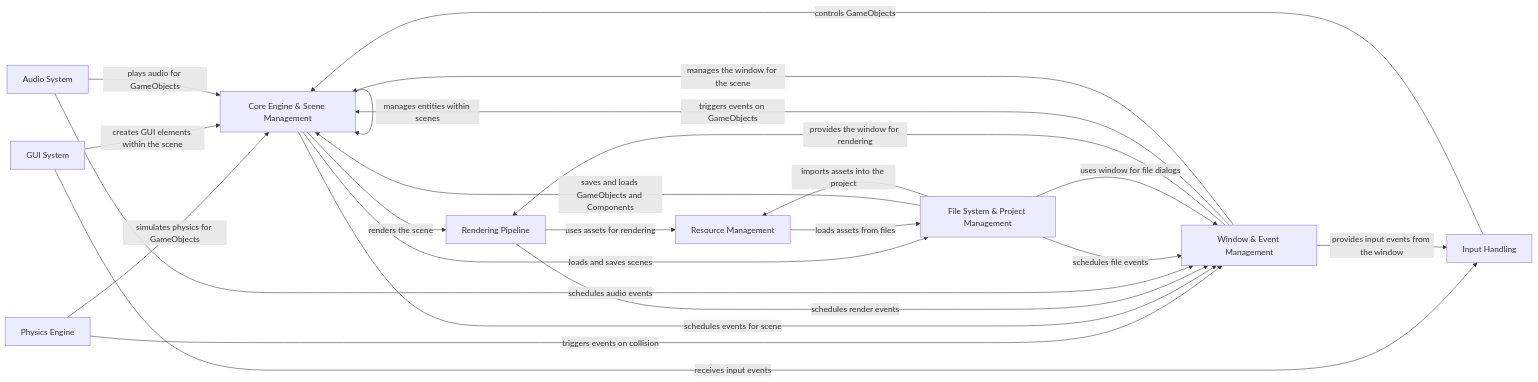
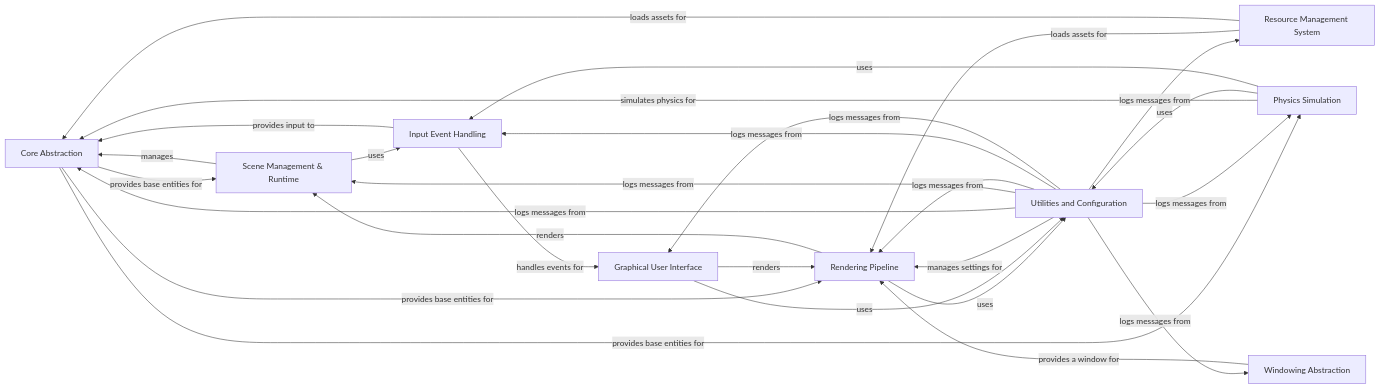
One commit to CodeBoarding/GeneratedOnBoardings changed the diagram in pyunity/on_boarding.md. Above: the diagram before and after it, drawn with Mermaid. The commit also changed other lines of this file and 17 other files, not shown here.

````diff
--- a/pyunity/on_boarding.md
+++ b/pyunity/on_boarding.md
@@ -1,43 +1,47 @@
 ```mermaid
 graph LR
-    Core_Engine_Scene_Management["Core Engine & Scene Management"]
+    Core_Abstraction["Core Abstraction"]
+    Scene_Management_Runtime["Scene Management & Runtime"]
     Rendering_Pipeline["Rendering Pipeline"]
-    Resource_Management["Resource Management"]
-    Input_Handling["Input Handling"]
-    Physics_Engine["Physics Engine"]
-    GUI_System["GUI System"]
-    Audio_System["Audio System"]
-    File_System_Project_Management["File System & Project Management"]
-    Window_Event_Management["Window & Event Management"]
-    Core_Engine_Scene_Management -- "manages entities within scenes" --> Core_Engine_Scene_Management
-    Core_Engine_Scene_Management -- "renders the scene" --> Rendering_Pipeline
-    Rendering_Pipeline -- "uses assets for rendering" --> Resource_Management
-    Input_Handling -- "controls GameObjects" --> Core_Engine_Scene_Management
-    Physics_Engine -- "simulates physics for GameObjects" --> Core_Engine_Scene_Management
-    GUI_System -- "creates GUI elements within the scene" --> Core_Engine_Scene_Management
-    Audio_System -- "plays audio for GameObjects" --> Core_Engine_Scene_Management
-    File_System_Project_Management -- "saves and loads GameObjects and Components" --> Core_Engine_Scene_Management
-    Window_Event_Management -- "provides the window for rendering" --> Rendering_Pipeline
-    Window_Event_Management -- "triggers events on GameObjects" --> Core_Engine_Scene_Management
-    GUI_System -- "receives input events" --> Input_Handling
-    Physics_Engine -- "triggers events on collision" --> Window_Event_Management
-    Core_Engine_Scene_Management -- "schedules events for scene" --> Window_Event_Management
-    Rendering_Pipeline -- "schedules render events" --> Window_Event_Management
-    Audio_System -- "schedules audio events" --> Window_Event_Management
-    File_System_Project_Management -- "schedules file events" --> Window_Event_Management
-    Window_Event_Management -- "provides input events from the window" --> Input_Handling
-    Window_Event_Management -- "manages the window for the scene" --> Core_Engine_Scene_Management
-    File_System_Project_Management -- "imports assets into the project" --> Resource_Management
-    File_System_Project_Management -- "uses window for file dialogs" --> Window_Event_Management
-    Core_Engine_Scene_Management -- "loads and saves scenes" --> File_System_Project_Management
-    Resource_Management -- "loads assets from files" --> File_System_Project_Management
-    click Core_Engine_Scene_Management href "https://github.com/CodeBoarding/GeneratedOnBoardings/blob/main/pyunity/Core Engine & Scene Management.md" "Details"
+    Resource_Management_System["Resource Management System"]
+    Input_Event_Handling["Input Event Handling"]
+    Physics_Simulation["Physics Simulation"]
+    Graphical_User_Interface["Graphical User Interface"]
+    Windowing_Abstraction["Windowing Abstraction"]
+    Utilities_and_Configuration["Utilities and Configuration"]
+    Core_Abstraction -- "provides base entities for" --> Scene_Management_Runtime
+    Core_Abstraction -- "provides base entities for" --> Physics_Simulation
+    Core_Abstraction -- "provides base entities for" --> Rendering_Pipeline
+    Scene_Management_Runtime -- "manages" --> Core_Abstraction
+    Rendering_Pipeline -- "renders" --> Scene_Management_Runtime
+    Resource_Management_System -- "loads assets for" --> Rendering_Pipeline
+    Resource_Management_System -- "loads assets for" --> Core_Abstraction
+    Input_Event_Handling -- "provides input to" --> Core_Abstraction
+    Physics_Simulation -- "simulates physics for" --> Core_Abstraction
+    Graphical_User_Interface -- "renders" --> Rendering_Pipeline
+    Windowing_Abstraction -- "provides a window for" --> Rendering_Pipeline
+    Rendering_Pipeline -- "uses" --> Utilities_and_Configuration
+    Physics_Simulation -- "uses" --> Utilities_and_Configuration
+    Graphical_User_Interface -- "uses" --> Utilities_and_Configuration
+    Input_Event_Handling -- "handles events for" --> Graphical_User_Interface
+    Utilities_and_Configuration -- "manages settings for" --> Rendering_Pipeline
+    Utilities_and_Configuration -- "logs messages from" --> Core_Abstraction
+    Utilities_and_Configuration -- "logs messages from" --> Scene_Management_Runtime
+    Utilities_and_Configuration -- "logs messages from" --> Rendering_Pipeline
+    Utilities_and_Configuration -- "logs messages from" --> Resource_Management_System
+    Utilities_and_Configuration -- "logs messages from" --> Input_Event_Handling
+    Utilities_and_Configuration -- "logs messages from" --> Physics_Simulation
+    Utilities_and_Configuration -- "logs messages from" --> Graphical_User_Interface
+    Utilities_and_Configuration -- "logs messages from" --> Windowing_Abstraction
+    Scene_Management_Runtime -- "uses" --> Input_Event_Handling
+    Physics_Simulation -- "uses" --> Input_Event_Handling
+    click Core_Abstraction href "https://github.com/CodeBoarding/GeneratedOnBoardings/blob/main/pyunity/Core Abstraction.md" "Details"
+    click Scene_Management_Runtime href "https://github.com/CodeBoarding/GeneratedOnBoardings/blob/main/pyunity/Scene Management & Runtime.md" "Details"
     click Rendering_Pipeline href "https://github.com/CodeBoarding/GeneratedOnBoardings/blob/main/pyunity/Rendering Pipeline.md" "Details"
-    click Resource_Management href "https://github.com/CodeBoarding/GeneratedOnBoardings/blob/main/pyunity/Resource Management.md" "Details"
-    click Input_Handling href "https://github.com/CodeBoarding/GeneratedOnBoardings/blob/main/pyunity/Input Handling.md" "Details"
-    click Physics_Engine href "https://github.com/CodeBoarding/GeneratedOnBoardings/blob/main/pyunity/Physics Engine.md" "Details"
-    click GUI_System href "https://github.com/CodeBoarding/GeneratedOnBoardings/blob/main/pyunity/GUI System.md" "Details"
-    click Audio_System href "https://github.com/CodeBoarding/GeneratedOnBoardings/blob/main/pyunity/Audio System.md" "Details"
-    click File_System_Project_Management href "https://github.com/CodeBoarding/GeneratedOnBoardings/blob/main/pyunity/File System & Project Management.md" "Details"
-    click Window_Event_Management href "https://github.com/CodeBoarding/GeneratedOnBoardings/blob/main/pyunity/Window & Event Management.md" "Details"
+    click Resource_Management_System href "https://github.com/CodeBoarding/GeneratedOnBoardings/blob/main/pyunity/Resource Management System.md" "Details"
+    click Input_Event_Handling href "https://github.com/CodeBoarding/GeneratedOnBoardings/blob/main/pyunity/Input Event Handling.md" "Details"
+    click Physics_Simulation href "https://github.com/CodeBoarding/GeneratedOnBoardings/blob/main/pyunity/Physics Simulation.md" "Details"
+    click Graphical_User_Interface href "https://github.com/CodeBoarding/GeneratedOnBoardings/blob/main/pyunity/Graphical User Interface.md" "Details"
+    click Windowing_Abstraction href "https://github.com/CodeBoarding/GeneratedOnBoardings/blob/main/pyunity/Windowing Abstraction.md" "Details"
+    click Utilities_and_Configuration href "https://github.com/CodeBoarding/GeneratedOnBoardings/blob/main/pyunity/Utilities and Configuration.md" "Details"
 ```
````
